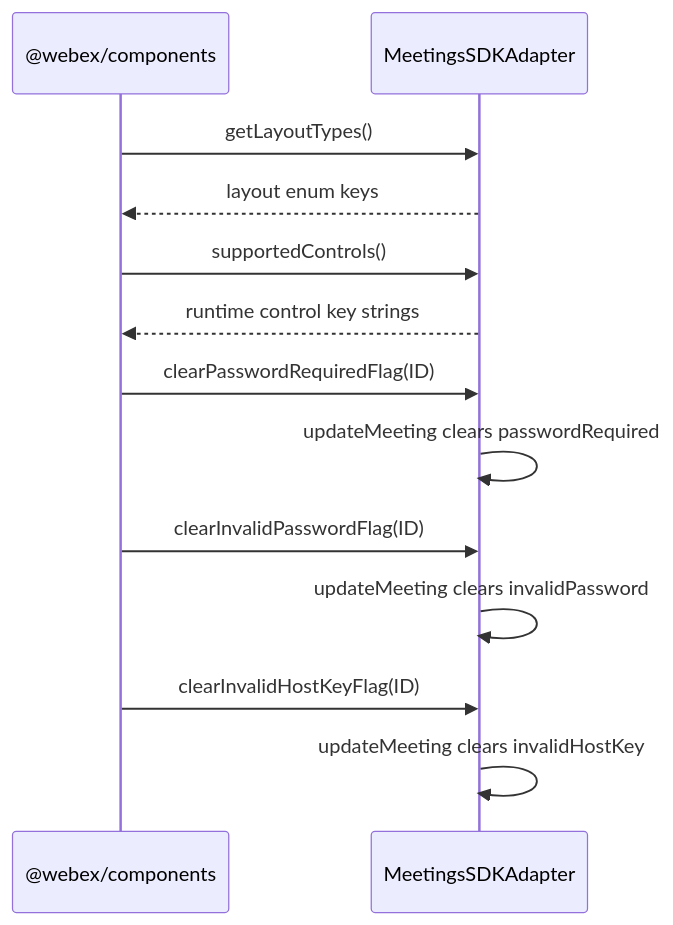
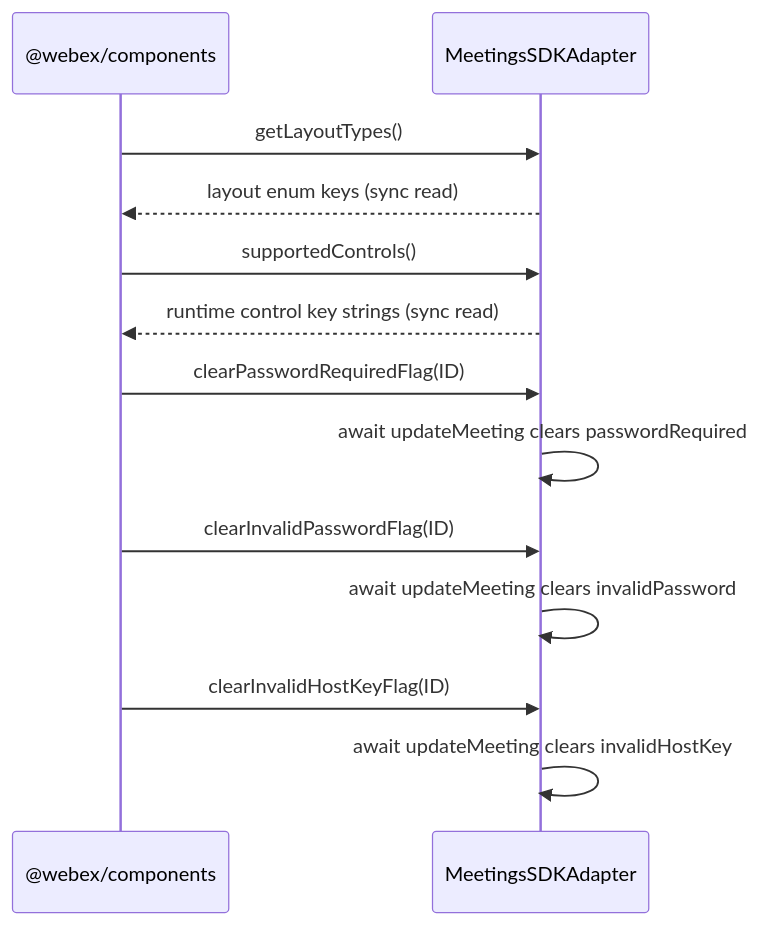
The fifth of 11 diagrams in src/ai-docs/meetings-sdk-adapter-spec.md (webex/sdk-component-adapter), drawn with Mermaid before and after one commit. The commit also changed other lines of this file and 7 other files, not shown here.

````diff
--- a/src/ai-docs/meetings-sdk-adapter-spec.md
+++ b/src/ai-docs/meetings-sdk-adapter-spec.md
@@ -251,16 +252,16 @@
 ```mermaid
 sequenceDiagram
   participant Host as @webex/components
   participant Adapter as MeetingsSDKAdapter
 
   Host->>Adapter: getLayoutTypes()
-  Adapter-->>Host: layout enum keys
+  Adapter-->>Host: layout enum keys (sync read)
   Host->>Adapter: supportedControls()
-  Adapter-->>Host: runtime control key strings
+  Adapter-->>Host: runtime control key strings (sync read)
   Host->>Adapter: clearPasswordRequiredFlag(ID)
-  Adapter->>Adapter: updateMeeting clears passwordRequired
+  Adapter->>Adapter: await updateMeeting clears passwordRequired
   Host->>Adapter: clearInvalidPasswordFlag(ID)
-  Adapter->>Adapter: updateMeeting clears invalidPassword
+  Adapter->>Adapter: await updateMeeting clears invalidPassword
   Host->>Adapter: clearInvalidHostKeyFlag(ID)
-  Adapter->>Adapter: updateMeeting clears invalidHostKey
+  Adapter->>Adapter: await updateMeeting clears invalidHostKey
 ```
````
